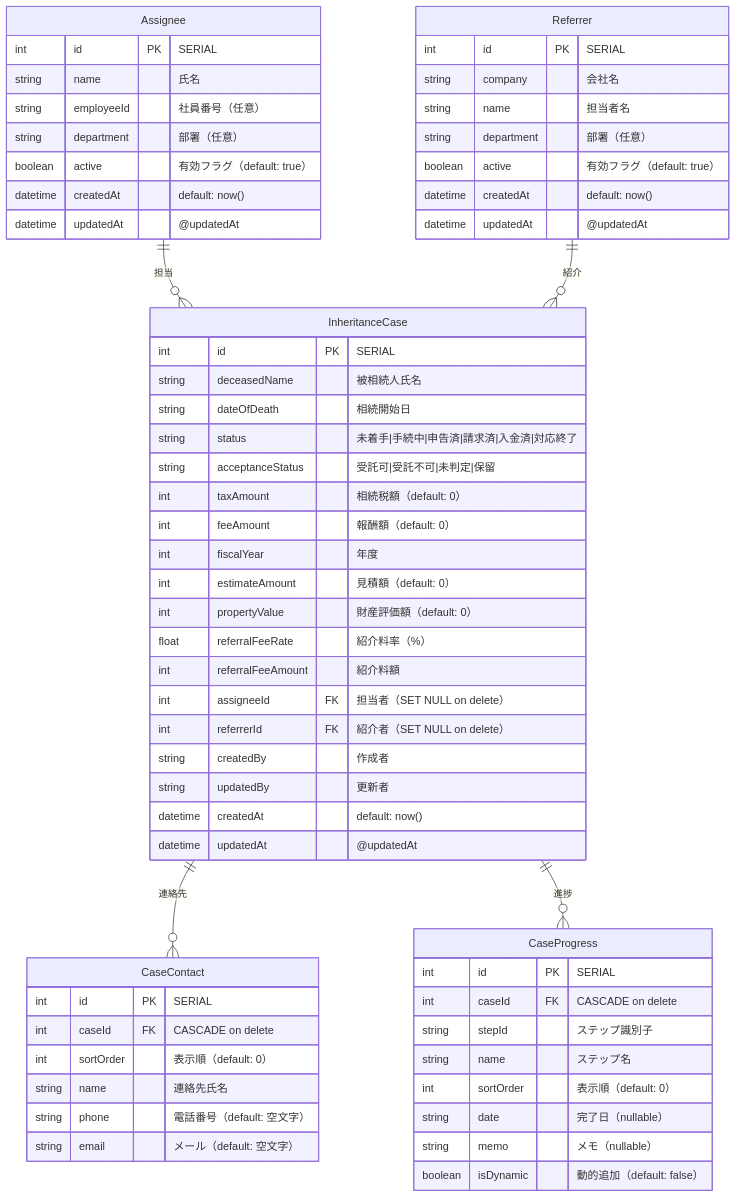
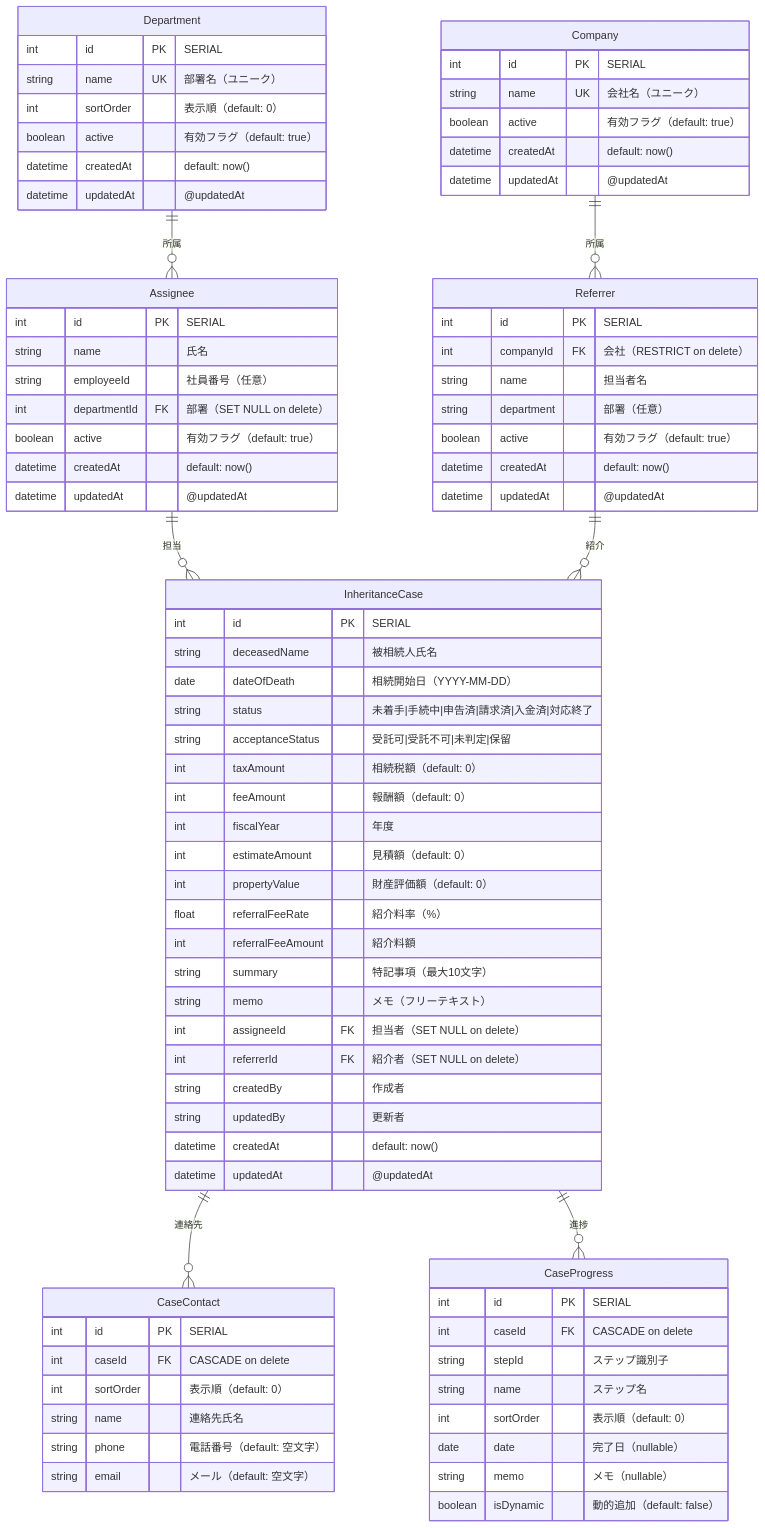
Before and after one commit to kojima1978/tax_apps: the diagram in apps/inheritance-case-management/docs/database_schema.md, drawn with Mermaid. The commit also changed other lines of this file and 1 other file, not shown here.

First line of the commit message:
docs(inheritance-case-management): README・ER図・仕様書を全面更新

````diff
--- a/apps/inheritance-case-management/docs/database_schema.md
+++ b/apps/inheritance-case-management/docs/database_schema.md
@@ -5,14 +5,53 @@
 ```mermaid
 erDiagram
+    Department ||--o{ Assignee : "所属"
+    Company ||--o{ Referrer : "所属"
     Assignee ||--o{ InheritanceCase : "担当"
     Referrer ||--o{ InheritanceCase : "紹介"
     InheritanceCase ||--o{ CaseContact : "連絡先"
     InheritanceCase ||--o{ CaseProgress : "進捗"
 
+    Department {
+        int id PK "SERIAL"
+        string name UK "部署名（ユニーク）"
+        int sortOrder "表示順（default: 0）"
+        boolean active "有効フラグ（default: true）"
+        datetime createdAt "default: now()"
+        datetime updatedAt "@updatedAt"
+    }
+
+    Company {
+        int id PK "SERIAL"
+        string name UK "会社名（ユニーク）"
+        boolean active "有効フラグ（default: true）"
+        datetime createdAt "default: now()"
+        datetime updatedAt "@updatedAt"
+    }
+
+    Assignee {
+        int id PK "SERIAL"
+        string name "氏名"
+        string employeeId "社員番号（任意）"
+        int departmentId FK "部署（SET NULL on delete）"
+        boolean active "有効フラグ（default: true）"
+        datetime createdAt "default: now()"
+        datetime updatedAt "@updatedAt"
+    }
+
+    Referrer {
+        int id PK "SERIAL"
+        int companyId FK "会社（RESTRICT on delete）"
+        string name "担当者名"
+        string department "部署（任意）"
+        boolean active "有効フラグ（default: true）"
+        datetime createdAt "default: now()"
+        datetime updatedAt "@updatedAt"
+    }
+
     InheritanceCase {
         int id PK "SERIAL"
         string deceasedName "被相続人氏名"
-        string dateOfDeath "相続開始日"
+        date dateOfDeath "相続開始日（YYYY-MM-DD）"
         string status "未着手|手続中|申告済|請求済|入金済|対応終了"
         string acceptanceStatus "受託可|受託不可|未判定|保留"
         int taxAmount "相続税額（default: 0）"
@@ -22,30 +61,12 @@
         int propertyValue "財産評価額（default: 0）"
         float referralFeeRate "紹介料率（%）"
         int referralFeeAmount "紹介料額"
+        string summary "特記事項（最大10文字）"
+        string memo "メモ（フリーテキスト）"
         int assigneeId FK "担当者（SET NULL on delete）"
         int referrerId FK "紹介者（SET NULL on delete）"
         string createdBy "作成者"
         string updatedBy "更新者"
-        datetime createdAt "default: now()"
-        datetime updatedAt "@updatedAt"
-    }
-
-    Assignee {
-        int id PK "SERIAL"
-        string name "氏名"
-        string employeeId "社員番号（任意）"
-        string department "部署（任意）"
-        boolean active "有効フラグ（default: true）"
-        datetime createdAt "default: now()"
-        datetime updatedAt "@updatedAt"
-    }
-
-    Referrer {
-        int id PK "SERIAL"
-        string company "会社名"
-        string name "担当者名"
-        string department "部署（任意）"
-        boolean active "有効フラグ（default: true）"
         datetime createdAt "default: now()"
         datetime updatedAt "@updatedAt"
     }
@@ -65,7 +86,7 @@
         string stepId "ステップ識別子"
         string name "ステップ名"
         int sortOrder "表示順（default: 0）"
-        string date "完了日（nullable）"
+        date date "完了日（nullable）"
         string memo "メモ（nullable）"
         boolean isDynamic "動的追加（default: false）"
     }
````
